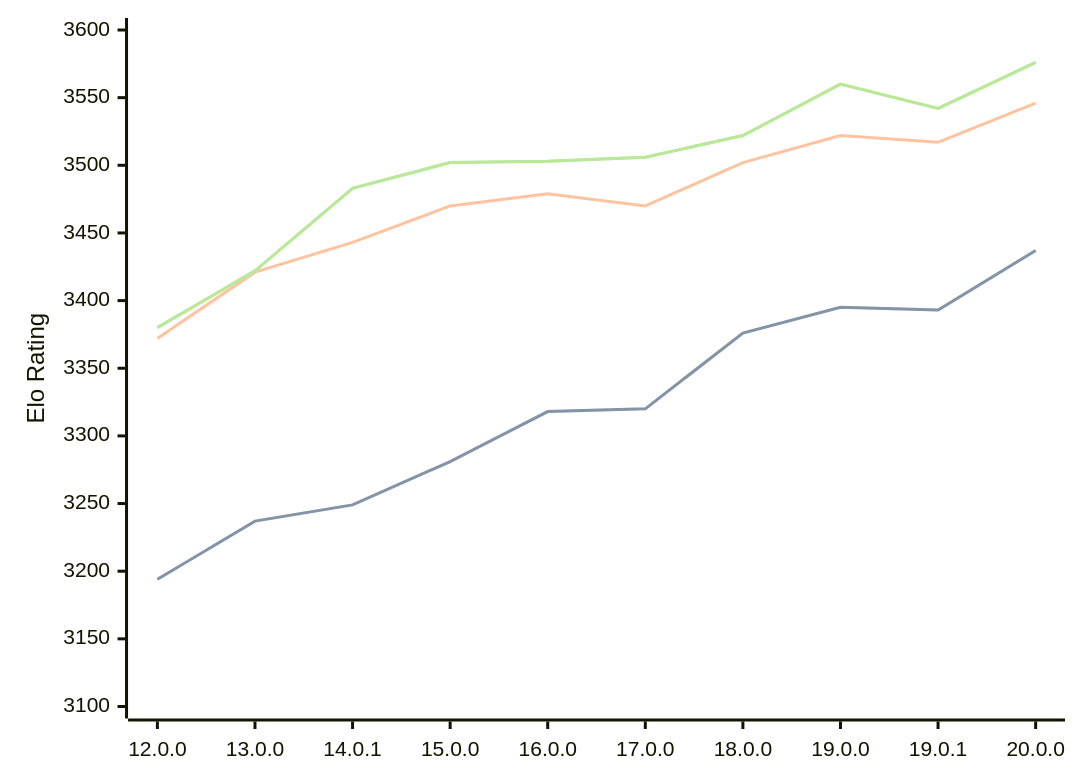
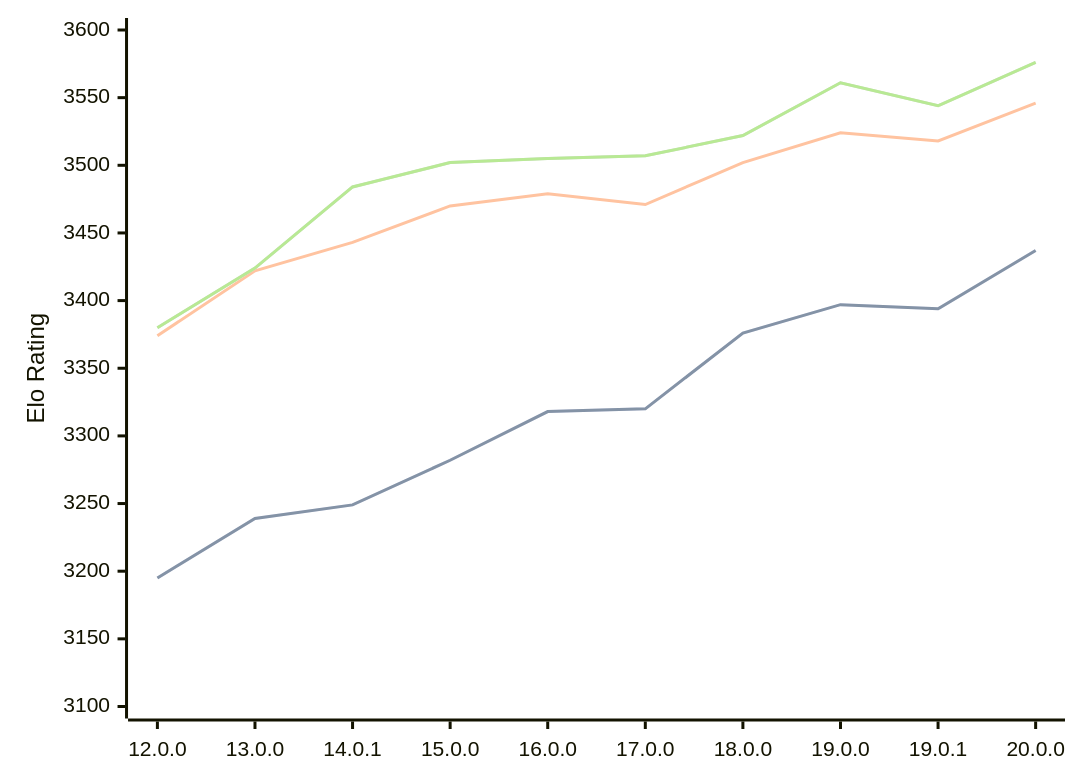
One commit to computer-chess-index/cci changed the diagram in engines/Viridithas.md. Above: the diagram before and after it, drawn with Mermaid. The commit also changed other lines of this file, not shown here.

Commit message:
Update CCI Ratings (ELO VLTC) - 2026-08-05

````diff
--- a/engines/Viridithas.md
+++ b/engines/Viridithas.md
@@ -64,11 +64,11 @@
 ```mermaid
 %%{init: {"theme":"base","themeVariables":{"seriesColors:['#a3a3a3','#222221','#faa371']}}}%%
 xychart-beta
   x-axis ["12.0.0", "13.0.0", "14.0.1", "15.0.0", "16.0.0", "17.0.0", "18.0.0", "19.0.0", "19.0.1", "20.0.0"]
   y-axis "Elo Rating" 3100 --> 3600
-  line "STC (8.0+0.08s)" [3194, 3237, 3249, 3281, 3318, 3320, 3376, 3395, 3393, 3437]
-  line "STC (8.0+0.08s)" [3194, 3237, 3249, 3281, 3318, 3320, 3376, 3395, 3393, 3437]
-  line "LTC (60.0+0.60s)" [3372, 3421, 3443, 3470, 3479, 3470, 3502, 3522, 3517, 3546]
-  line "VLTC (2m24s+1.12s)" [3380, 3422, 3483, 3502, 3503, 3506, 3522, 3560, 3542, 3576]
-  line "VLTC (2m24s+1.12s)" [3380, 3422, 3483, 3502, 3503, 3506, 3522, 3560, 3542, 3576]
+  line "STC (8.0+0.08s)" [3195, 3239, 3249, 3282, 3318, 3320, 3376, 3397, 3394, 3437]
+  line "STC (8.0+0.08s)" [3195, 3239, 3249, 3282, 3318, 3320, 3376, 3397, 3394, 3437]
+  line "LTC (60.0+0.60s)" [3374, 3422, 3443, 3470, 3479, 3471, 3502, 3524, 3518, 3546]
+  line "VLTC (2m24s+1.12s)" [3380, 3424, 3484, 3502, 3505, 3507, 3522, 3561, 3544, 3576]
+  line "VLTC (2m24s+1.12s)" [3380, 3424, 3484, 3502, 3505, 3507, 3522, 3561, 3544, 3576]
 ```
````
